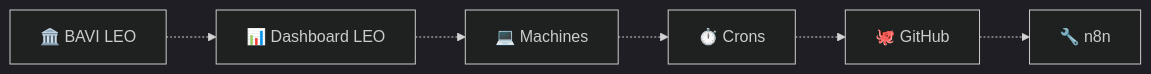
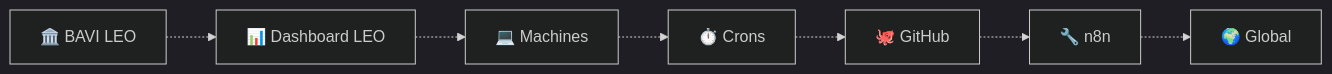
Before and after one commit to christophedanhier-hash/hermes-guide: the fifth of 6 diagrams in 03-utilisation/architecture-leo.md, drawn with Mermaid (dark theme). The commit also changed other lines of this file and 4 other files, not shown here.

````diff
--- a/03-utilisation/architecture-leo.md
+++ b/03-utilisation/architecture-leo.md
@@ -302,10 +276,11 @@
 ```mermaid
 flowchart LR
     A["🏛️ BAVI LEO"]
     B["📊 Dashboard LEO"]
     C["💻 Machines"]
     D["⏱️ Crons"]
     E["🐙 GitHub"]
     F["🔧 n8n"]
-    A -.-> B -.-> C -.-> D -.-> E -.-> F
+    G["🌍 Global"]
+    A -.-> B -.-> C -.-> D -.-> E -.-> F -.-> G
 ```
````
